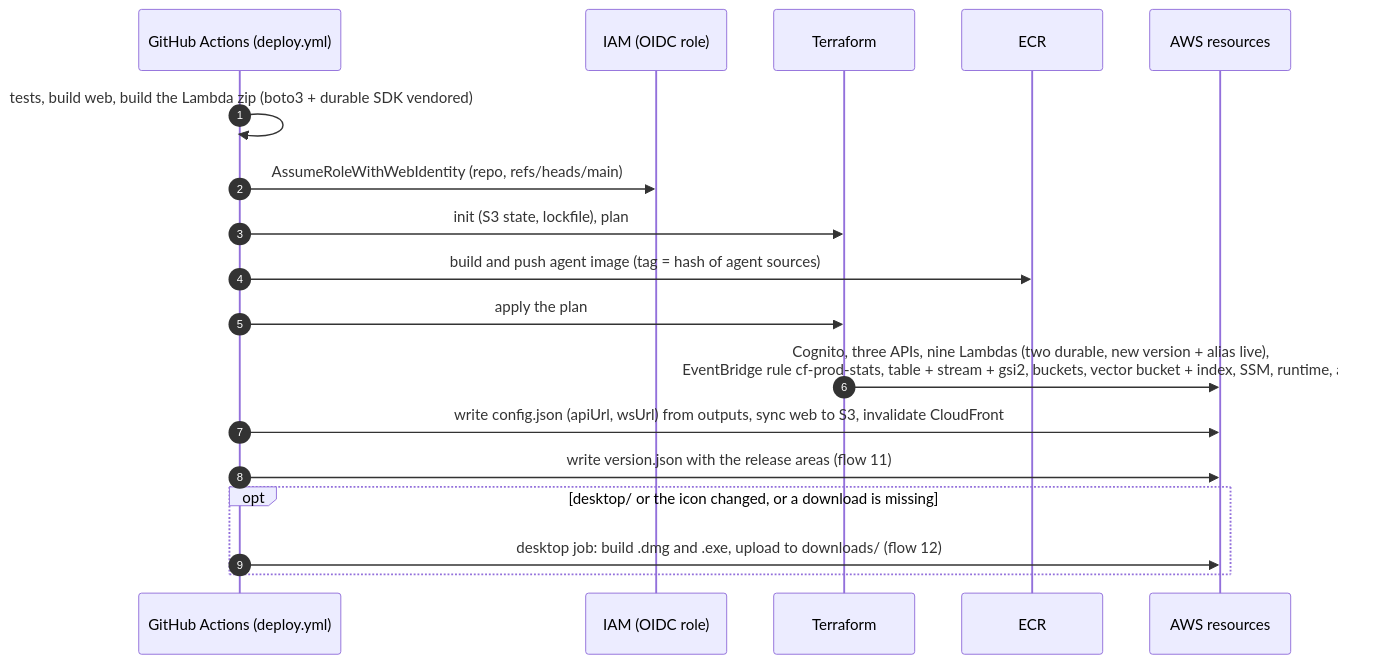
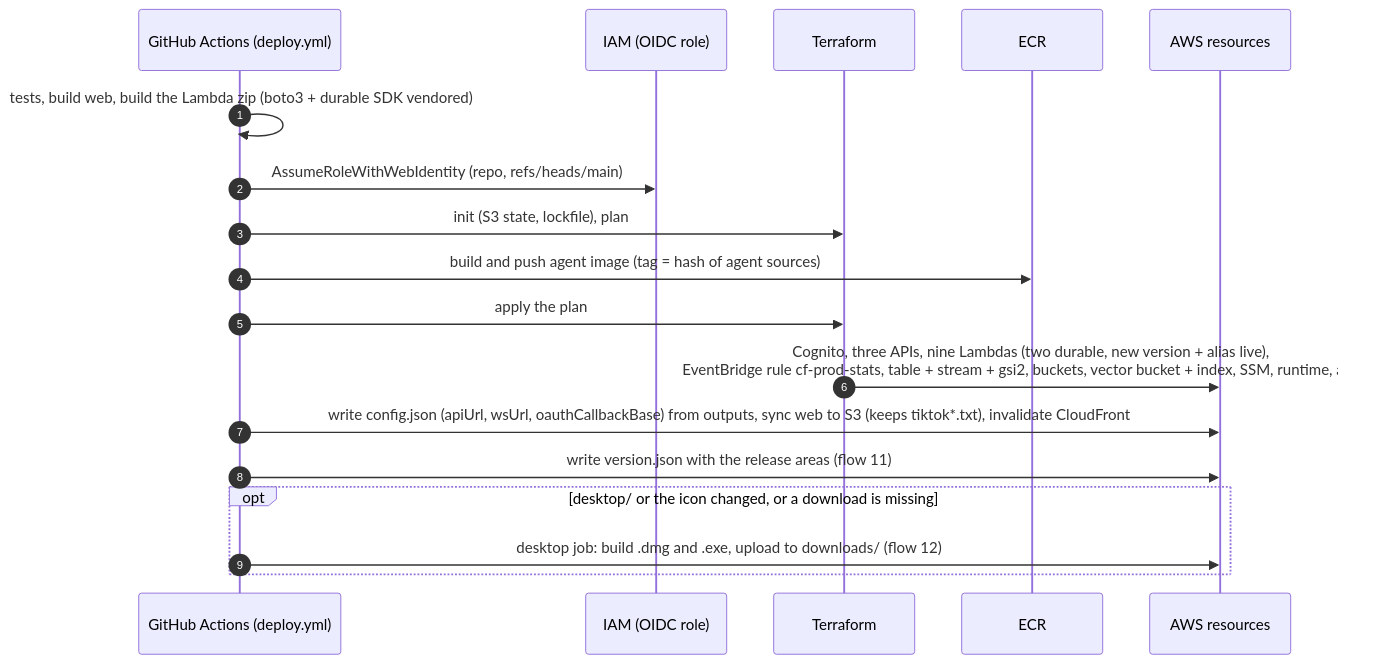
Before and after one commit to Lamo2real/clip-factory: diagram 12 of 19 in docs/ARCHITECTURE.md, drawn with Mermaid. The commit also changed other lines of this file and 13 other files, not shown here.

````diff
--- a/docs/ARCHITECTURE.md
+++ b/docs/ARCHITECTURE.md
@@ -465,20 +486,20 @@
 ```mermaid
 sequenceDiagram
   autonumber
   participant G as GitHub Actions (deploy.yml)
   participant I as IAM (OIDC role)
   participant TF as Terraform
   participant E as ECR
   participant AWS as AWS resources
   G->>G: tests, build web, build the Lambda zip (boto3 + durable SDK vendored)
   G->>I: AssumeRoleWithWebIdentity (repo, refs/heads/main)
   G->>TF: init (S3 state, lockfile), plan
   G->>E: build and push agent image (tag = hash of agent sources)
   G->>TF: apply the plan
   TF->>AWS: Cognito, three APIs, nine Lambdas (two durable, new version + alias live),<br/>EventBridge rule cf-prod-stats, table + stream + gsi2, buckets, vector bucket + index, SSM, runtime, alarms
-  G->>AWS: write config.json (apiUrl, wsUrl) from outputs, sync web to S3, invalidate CloudFront
+  G->>AWS: write config.json (apiUrl, wsUrl, oauthCallbackBase) from outputs, sync web to S3 (keeps tiktok*.txt), invalidate CloudFront
   G->>AWS: write version.json with the release areas (flow 11)
   opt desktop/ or the icon changed, or a download is missing
     G->>AWS: desktop job: build .dmg and .exe, upload to downloads/ (flow 12)
   end
 ```
````
